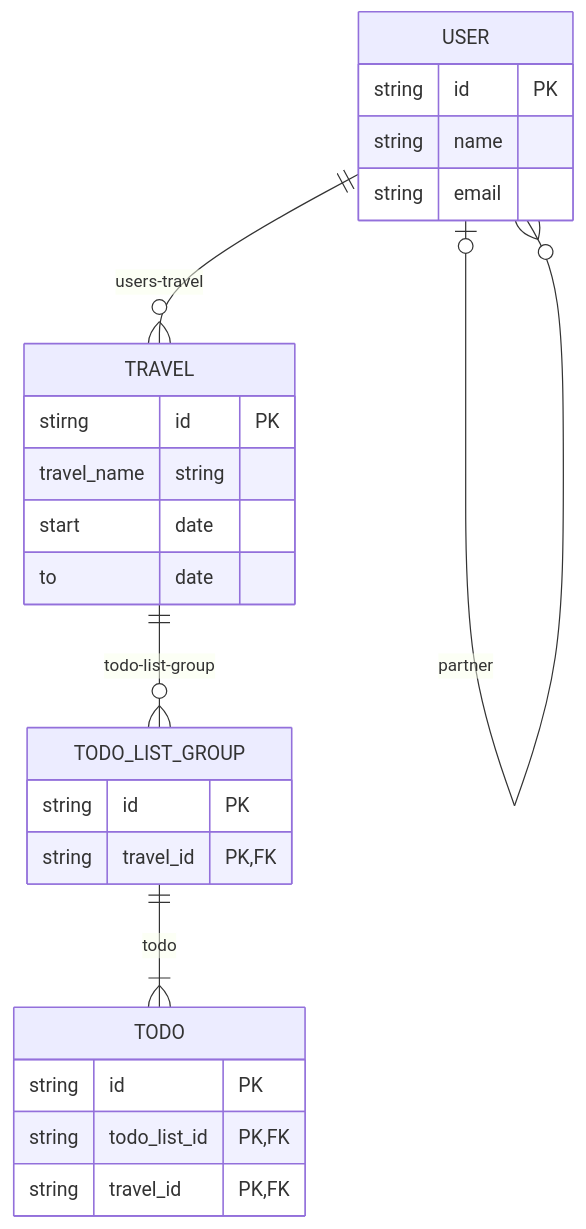
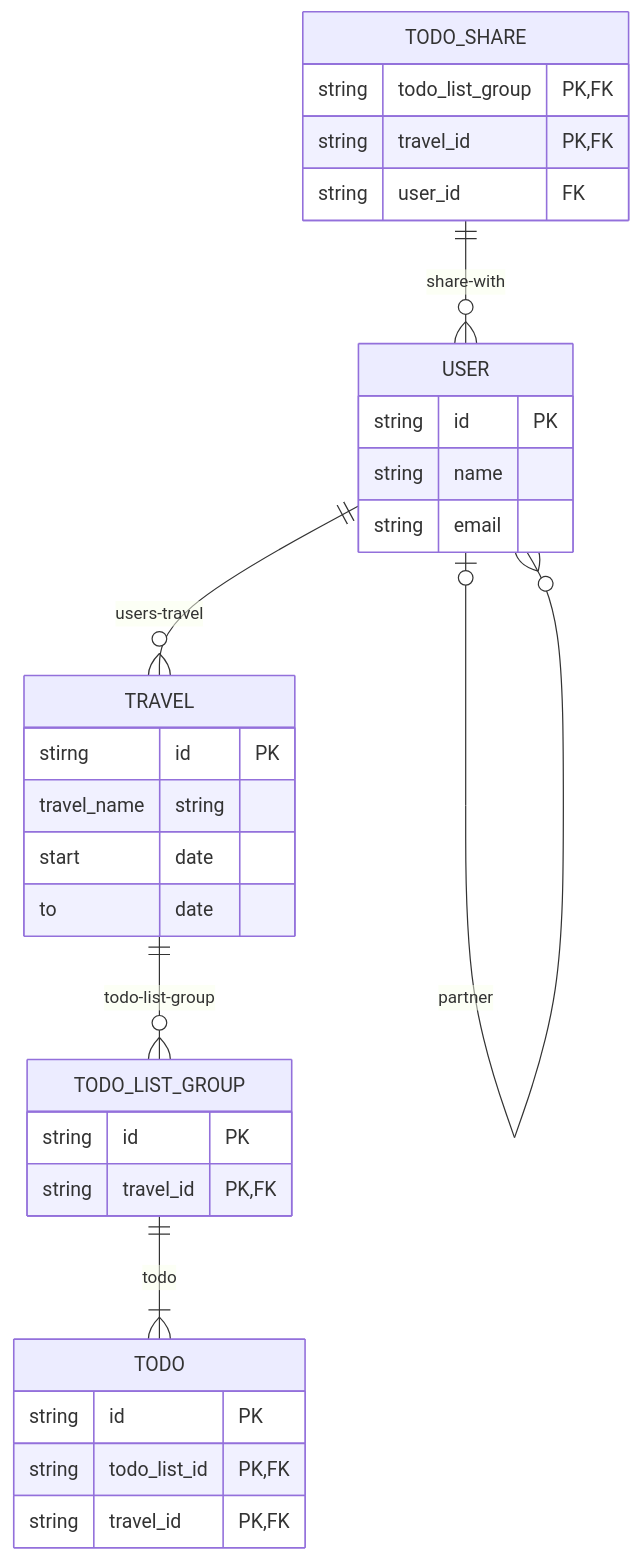
The diagram in docs/project/docs/data-structure/schema.md (hitohata/WhereWereWe), drawn with Mermaid before and after one commit. The commit also changed 2 other files, not shown here.

Commit message:
docs: added the todo schema

````diff
--- a/docs/project/docs/data-structure/schema.md
+++ b/docs/project/docs/data-structure/schema.md
@@ -3,32 +3,39 @@
 ```mermaid
 erDiagram
 
     USER {
         string id PK
         string name
         string email
     }
     
     TRAVEL {
         stirng id PK
         travel_name string
         start date
         to date
     }
     
     TODO_LIST_GROUP {
         string id PK
         string travel_id PK,FK
     }
     
+    TODO_SHARE {
+        string todo_list_group PK,FK 
+        string travel_id PK,FK
+        string user_id FK
+    }
+    
     TODO {
         string id PK
         string todo_list_id PK,FK
         string travel_id PK,FK
     }
 
     USER |o--o{ USER : partner
     USER ||--o{ TRAVEL: users-travel
     TRAVEL ||--o{ TODO_LIST_GROUP: todo-list-group
+    TODO_SHARE ||--o{ USER: share-with
     TODO_LIST_GROUP ||--|{ TODO: todo
 ```
````
